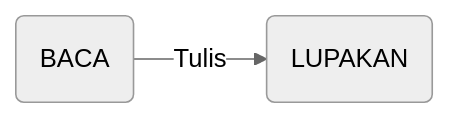
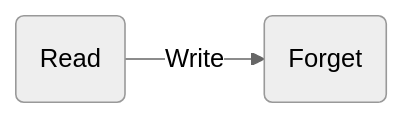
One commit to pseudonano/pseudonano changed the diagram in README.md. Above: the diagram before and after it, drawn with Mermaid (neutral theme).

````diff
--- a/README.md
+++ b/README.md
@@ -2,4 +2,4 @@
 ```mermaid
 graph LR
-A(BACA) -- Tulis --> B(LUPAKAN)
+A(Read) -- Write --> B(Forget)
 ```
````
